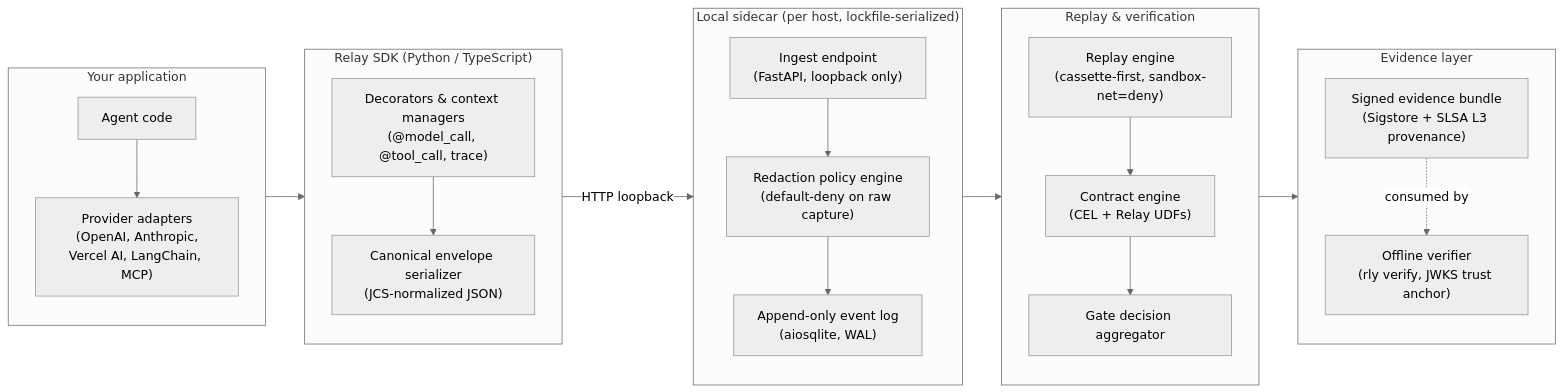
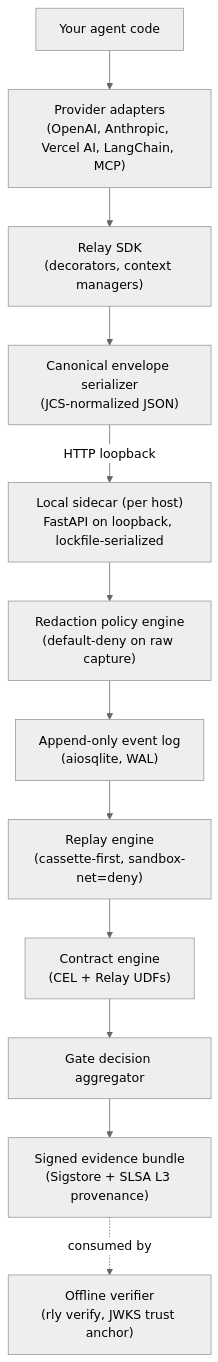
One commit to epochly-inc/relay changed the diagram in README.md. Above: the diagram before and after it, drawn with Mermaid (neutral theme). The commit also changed 1 other file, not shown here.

First paragraph of the commit message:
docs: vertical readable mermaid + rewrite EU AI Act doc with no stubs
README:
- Mermaid flowchart changed from LR (horizontal, unreadable in
  browsers at narrow widths) to TD (vertical). Removed subgraph
  wrappers; nodes connect with explicit edges and read top-to-bottom.

````diff
--- a/README.md
+++ b/README.md
@@ -58,44 +58,27 @@
 ```mermaid
-flowchart LR
-    subgraph App["Your application"]
-        direction TB
-        Agent["Agent code"]
-        Adapters["Provider adapters<br/>(OpenAI, Anthropic,<br/>Vercel AI, LangChain, MCP)"]
-        Agent --> Adapters
-    end
+flowchart TD
+    Agent["Your agent code"]
+    Adapters["Provider adapters<br/>(OpenAI, Anthropic, Vercel AI, LangChain, MCP)"]
+    Wrap["Relay SDK<br/>(decorators, context managers)"]
+    Envelope["Canonical envelope serializer<br/>(JCS-normalized JSON)"]
+    Ingest["Local sidecar (per host)<br/>FastAPI on loopback, lockfile-serialized"]
+    Redact["Redaction policy engine<br/>(default-deny on raw capture)"]
+    Log["Append-only event log<br/>(aiosqlite, WAL)"]
+    Replay["Replay engine<br/>(cassette-first, sandbox-net=deny)"]
+    Contracts["Contract engine<br/>(CEL + Relay UDFs)"]
+    Gate["Gate decision aggregator"]
+    Bundle["Signed evidence bundle<br/>(Sigstore + SLSA L3 provenance)"]
+    Verifier["Offline verifier<br/>(rly verify, JWKS trust anchor)"]
 
-    subgraph SDK["Relay SDK (Python / TypeScript)"]
-        direction TB
-        Wrap["Decorators &amp; context managers<br/>(@model_call, @tool_call, trace)"]
-        Envelope["Canonical envelope serializer<br/>(JCS-normalized JSON)"]
-        Wrap --> Envelope
-    end
-
-    subgraph Sidecar["Local sidecar (per host, lockfile-serialized)"]
-        direction TB
-        Ingest["Ingest endpoint<br/>(FastAPI, loopback only)"]
-        Log["Append-only event log<br/>(aiosqlite, WAL)"]
-        Redact["Redaction policy engine<br/>(default-deny on raw capture)"]
-        Ingest --> Redact --> Log
-    end
-
-    subgraph Engines["Replay &amp; verification"]
-        direction TB
-        Replay["Replay engine<br/>(cassette-first, sandbox-net=deny)"]
-        Contracts["Contract engine<br/>(CEL + Relay UDFs)"]
-        Gate["Gate decision aggregator"]
-        Replay --> Contracts --> Gate
-    end
-
-    subgraph Evidence["Evidence layer"]
-        direction TB
-        Bundle["Signed evidence bundle<br/>(Sigstore + SLSA L3 provenance)"]
-        Verifier["Offline verifier<br/>(rly verify, JWKS trust anchor)"]
-        Gate --> Bundle
-        Bundle -. consumed by .-> Verifier
-    end
-
+    Agent --> Adapters
     Adapters --> Wrap
+    Wrap --> Envelope
     Envelope -->|HTTP loopback| Ingest
+    Ingest --> Redact
+    Redact --> Log
     Log --> Replay
+    Replay --> Contracts
+    Contracts --> Gate
+    Gate --> Bundle
+    Bundle -. consumed by .-> Verifier
 ```
````
